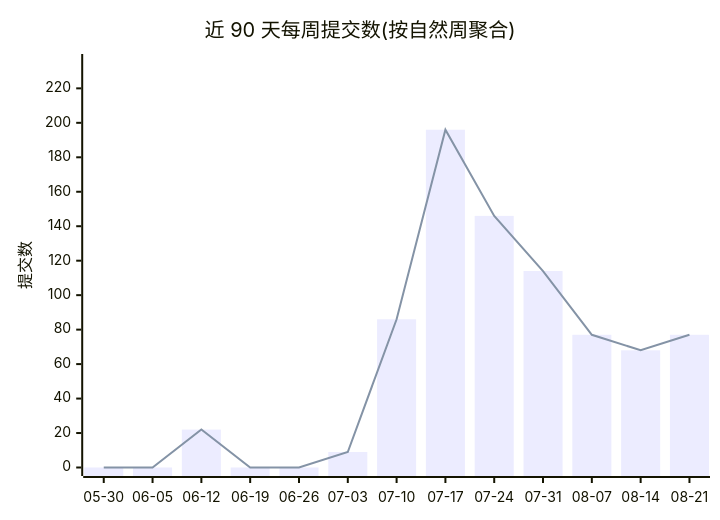
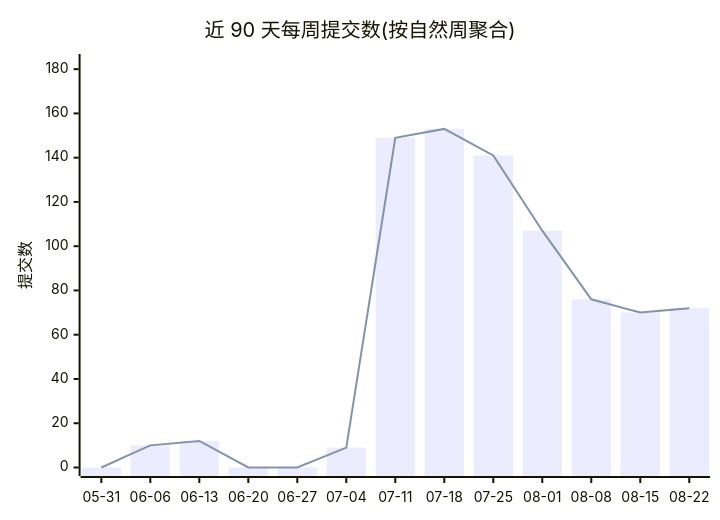
The first of 2 diagrams in profile/README.md (Conflux-Union/.github), drawn with Mermaid before and after one commit. The commit also changed other lines of this file and 1 other file, not shown here.

````diff
--- a/profile/README.md
+++ b/profile/README.md
@@ -44,8 +44,8 @@
 ```mermaid
 xychart-beta
     title "近 90 天每周提交数(按自然周聚合)"
-    x-axis ["05-30", "06-05", "06-12", "06-19", "06-26", "07-03", "07-10", "07-17", "07-24", "07-31", "08-07", "08-14", "08-21"]
-    y-axis "提交数" 0 --> 235
-    bar [0, 0, 22, 0, 0, 9, 86, 196, 146, 114, 77, 68, 77]
-    line [0, 0, 22, 0, 0, 9, 86, 196, 146, 114, 77, 68, 77]
+    x-axis ["05-31", "06-06", "06-13", "06-20", "06-27", "07-04", "07-11", "07-18", "07-25", "08-01", "08-08", "08-15", "08-22"]
+    y-axis "提交数" 0 --> 183
+    bar [0, 10, 12, 0, 0, 9, 149, 153, 141, 107, 76, 70, 72]
+    line [0, 10, 12, 0, 0, 9, 149, 153, 141, 107, 76, 70, 72]
 ```
````
